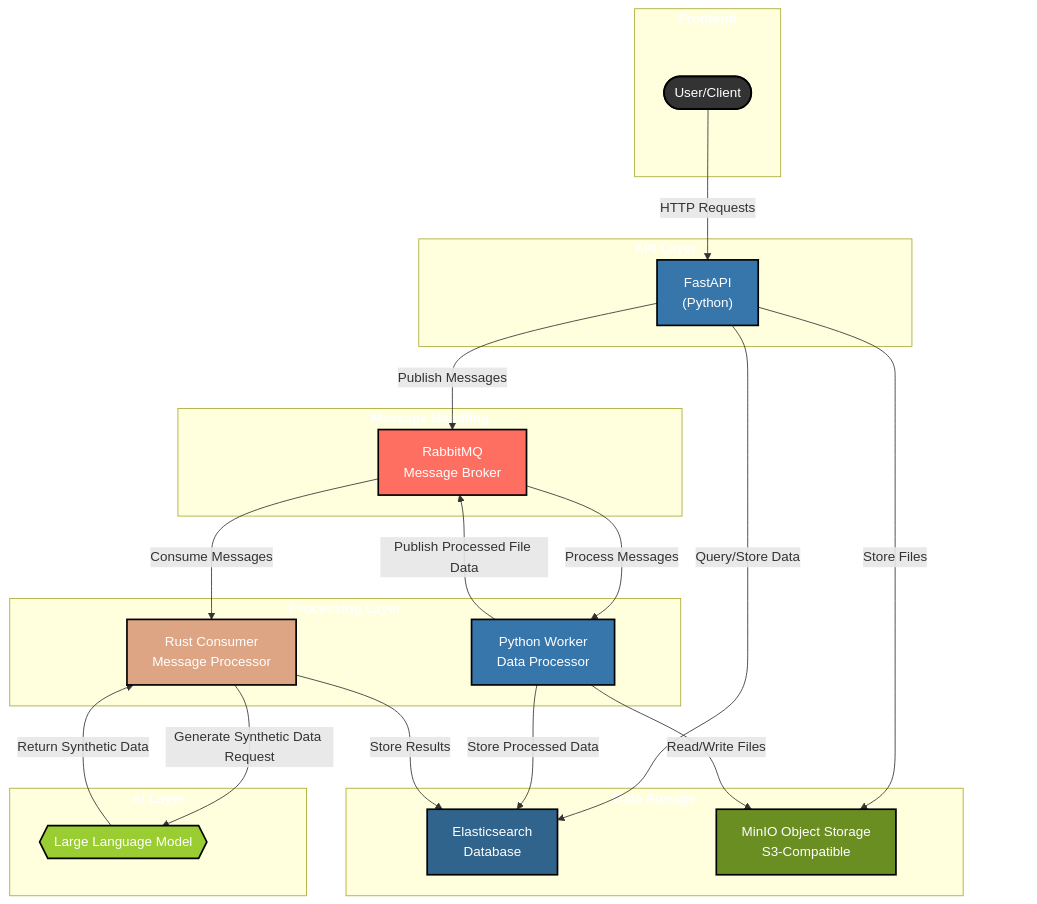
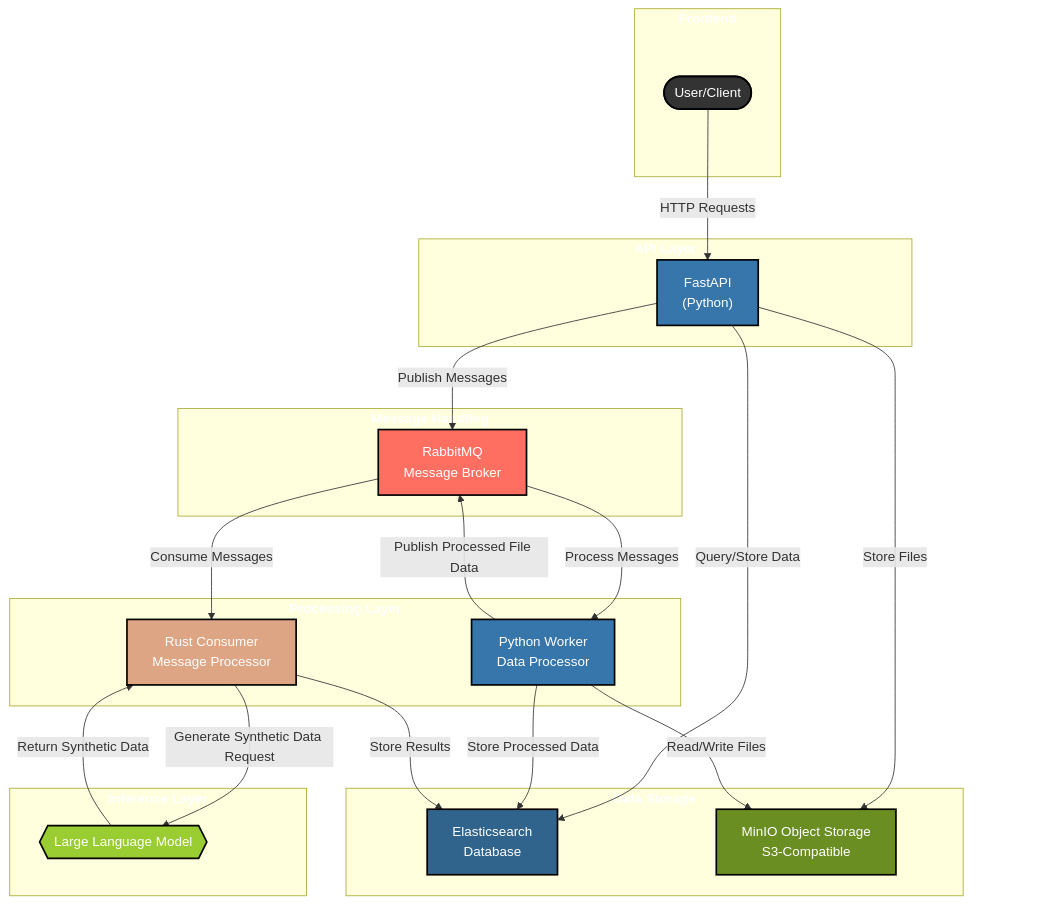
Before and after one commit to nasirus/synthgen: the diagram in README.md, drawn with Mermaid. The commit also changed other lines of this file and 3 other files, not shown here.

```diff
--- a/README.md
+++ b/README.md
@@ -129,7 +127,7 @@
         consumer
     end
     
-    subgraph AILayer["AI Layer"]
+    subgraph AILayer["Inference Layer"]
         llm
     end
     
```
